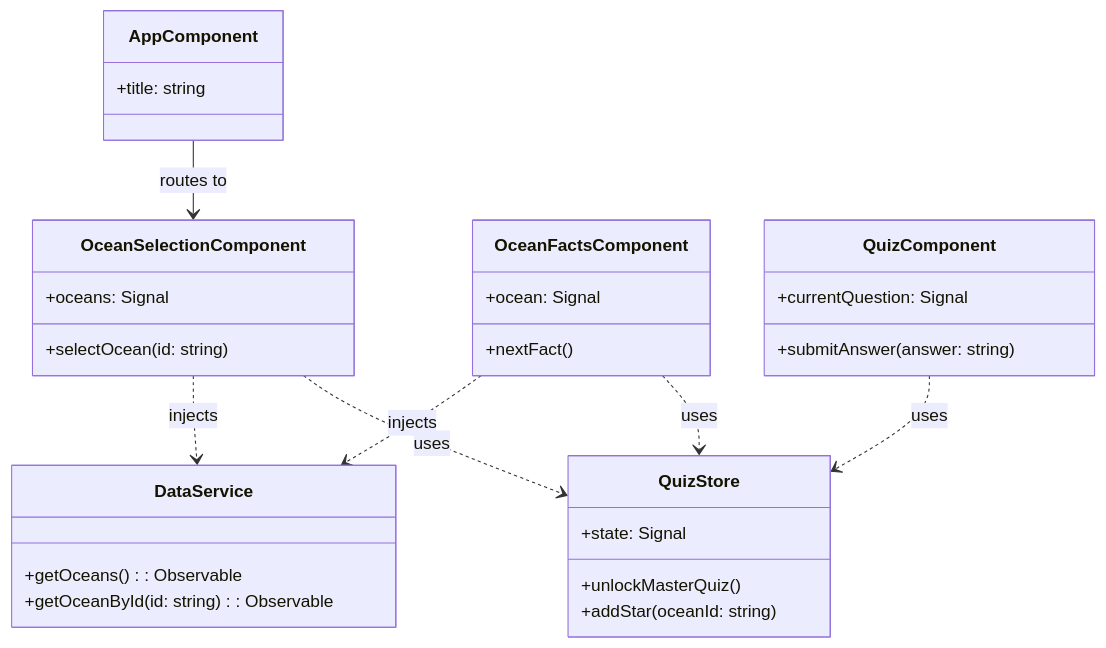
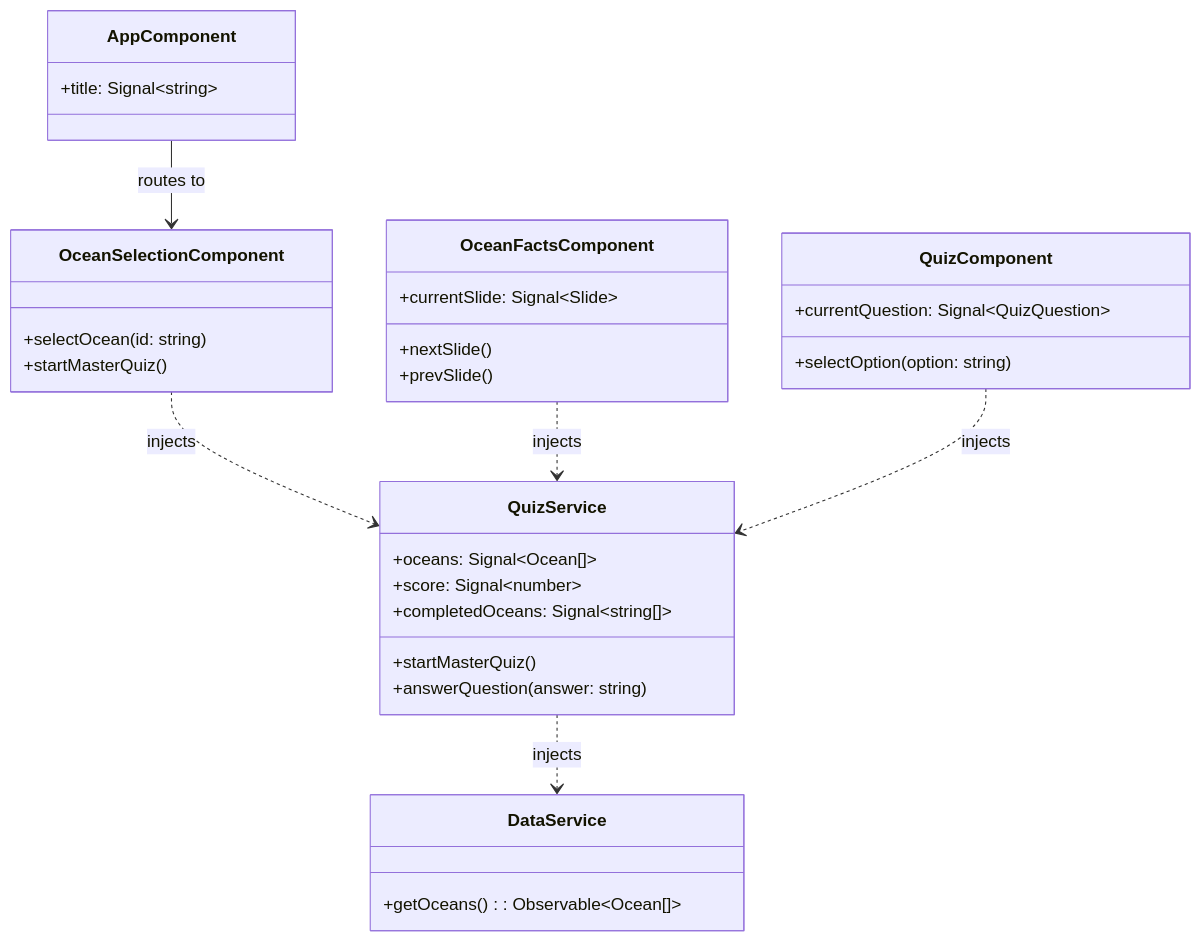
The fifth of 5 diagrams in docs/IHK_ABSCHLUSSPROJEKT.md (T-Boyke/EhlenAngularProjekt3), drawn with Mermaid before and after one commit. The commit also changed other lines of this file, not shown here.

Commit message:
Update references from SignalStore to SignalService

````diff
--- a/docs/IHK_ABSCHLUSSPROJEKT.md
+++ b/docs/IHK_ABSCHLUSSPROJEKT.md
@@ -460,35 +454,36 @@
 ```mermaid
 classDiagram
     class AppComponent {
-        +title: string
+        +title: Signal~string~
     }
     class OceanSelectionComponent {
-        +oceans: Signal<Ocean[]>
         +selectOcean(id: string)
+        +startMasterQuiz()
     }
     class OceanFactsComponent {
-        +ocean: Signal<Ocean>
-        +nextFact()
+        +currentSlide: Signal~Slide~
+        +nextSlide()
+        +prevSlide()
     }
     class QuizComponent {
-        +currentQuestion: Signal<QuizQuestion>
-        +submitAnswer(answer: string)
+        +currentQuestion: Signal~QuizQuestion~
+        +selectOption(option: string)
     }
     class DataService {
-        +getOceans(): Observable<Ocean[]>
-        +getOceanById(id: string): Observable<Ocean>
+        +getOceans(): Observable~Ocean[]~
     }
-    class QuizStore {
-        +state: Signal<QuizState>
-        +unlockMasterQuiz()
-        +addStar(oceanId: string)
+    class QuizService {
+        +oceans: Signal~Ocean[]~
+        +score: Signal~number~
+        +completedOceans: Signal~string[]~
+        +startMasterQuiz()
+        +answerQuestion(answer: string)
     }
 
     AppComponent --> OceanSelectionComponent : routes to
-    OceanSelectionComponent ..> QuizStore : uses
-    OceanFactsComponent ..> QuizStore : uses
-    QuizComponent ..> QuizStore : uses
+    OceanSelectionComponent ..> QuizService : injects
+    OceanFactsComponent ..> QuizService : injects
+    QuizComponent ..> QuizService : injects
 
-    OceanSelectionComponent ..> DataService : injects
-    OceanFactsComponent ..> DataService : injects
+    QuizService ..> DataService : injects
 ```
````
